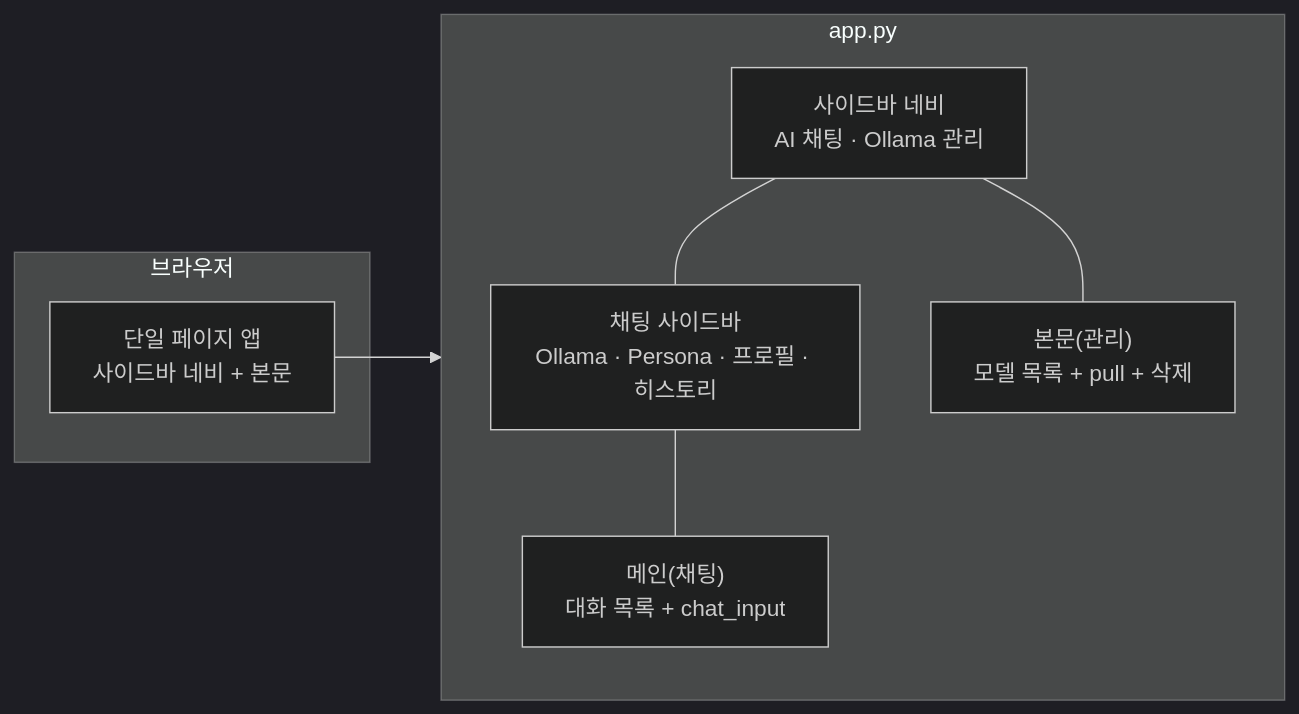
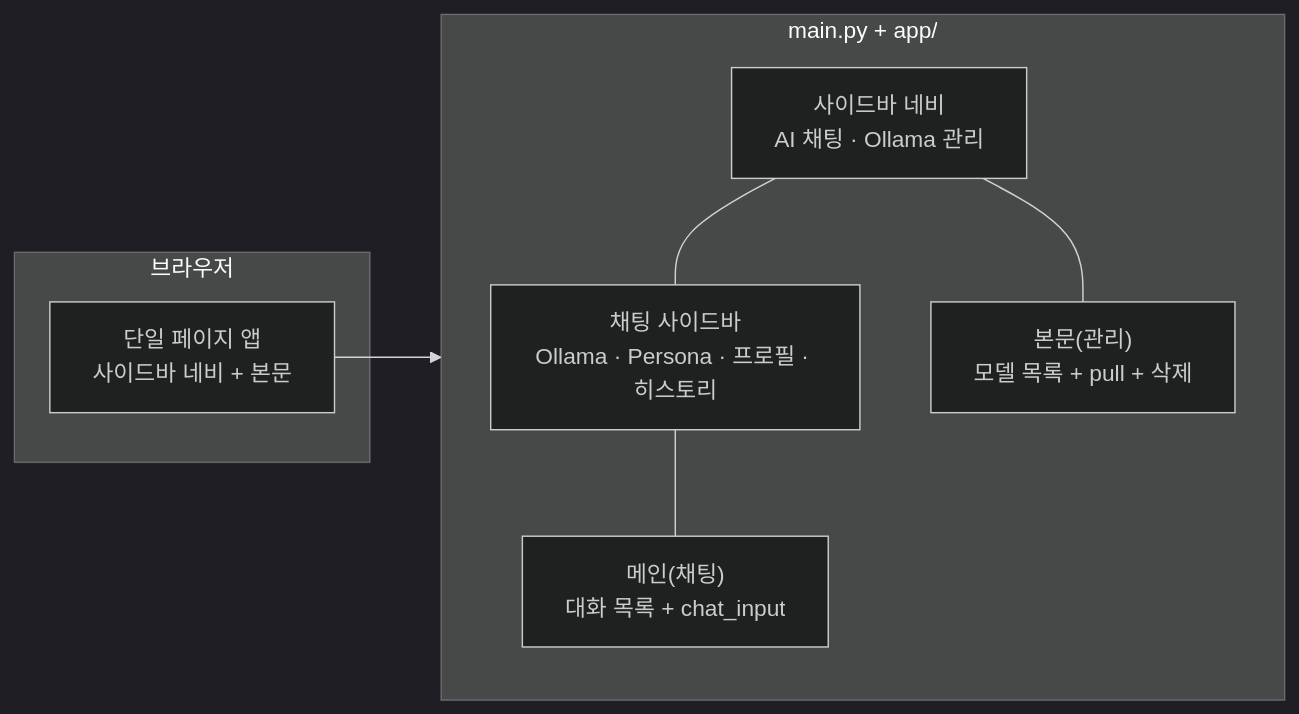
One commit to sumin-ma-1/basic-sw-tech-sm changed the fourth of 4 diagrams in README.md. Above: the diagram before and after it, drawn with Mermaid (dark theme). The commit also changed other lines of this file and 30 other files, not shown here.

````diff
--- a/README.md
+++ b/README.md
@@ -136,19 +170,19 @@
 ```mermaid
 flowchart LR
     subgraph Browser["브라우저"]
         Page["단일 페이지 앱<br/>사이드바 네비 + 본문"]
     end
 
-    subgraph App["app.py"]
+    subgraph App["main.py + app/"]
         Nav["사이드바 네비<br/>AI 채팅 · Ollama 관리"]
         Side["채팅 사이드바<br/>Ollama · Persona · 프로필 · 히스토리"]
         Main["메인(채팅)<br/>대화 목록 + chat_input"]
         Admin["본문(관리)<br/>모델 목록 + pull + 삭제"]
 
         Nav --- Side
         Nav --- Admin
         Side --- Main
     end
 
     Page --> App
 ```
````
